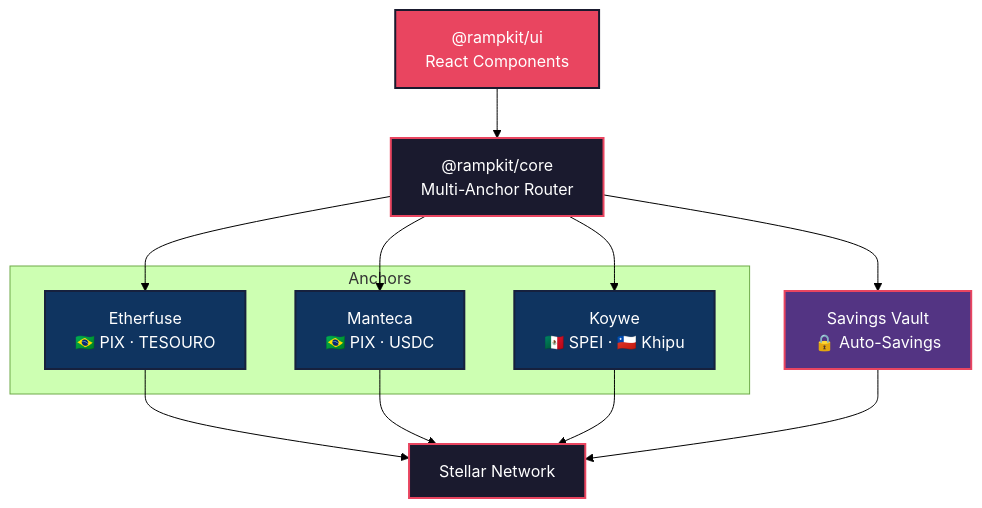
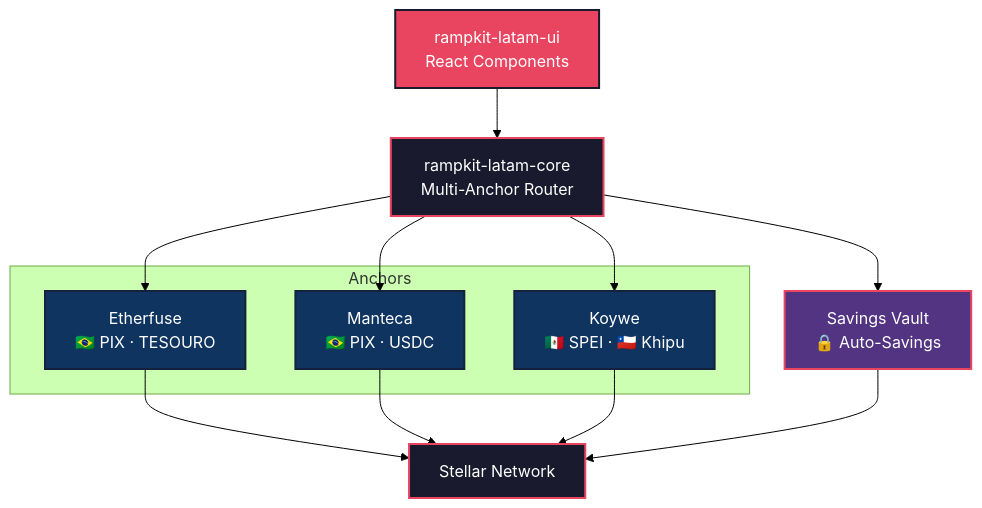
One commit to WritzProtocol/rampkit-latam changed the diagram in README.md. Above: the diagram before and after it, drawn with Mermaid (forest theme). The commit also changed other lines of this file and 44 other files, not shown here.

````diff
--- a/README.md
+++ b/README.md
@@ -91,29 +95,29 @@
 ```mermaid
 graph TD
     classDef sdk fill:#1a1a2e,stroke:#e94560,stroke-width:2px,color:#fff
     classDef anchor fill:#0f3460,stroke:#16213e,stroke-width:2px,color:#fff
     classDef contract fill:#533483,stroke:#e94560,stroke-width:2px,color:#fff
     classDef ui fill:#e94560,stroke:#1a1a2e,stroke-width:2px,color:#fff
 
-    UI["@rampkit/ui<br>React Components"]:::ui
-    SDK["@rampkit/core<br>Multi-Anchor Router"]:::sdk
+    UI["rampkit-latam-ui<br>React Components"]:::ui
+    SDK["rampkit-latam-core<br>Multi-Anchor Router"]:::sdk
     
     subgraph Anchors
         EF["Etherfuse<br>🇧🇷 PIX · TESOURO"]:::anchor
         MA["Manteca<br>🇧🇷 PIX · USDC"]:::anchor
         KO["Koywe<br>🇲🇽 SPEI · 🇨🇱 Khipu"]:::anchor
     end
 
     SC["Savings Vault<br>🔒 Auto-Savings"]:::contract
     SN["Stellar Network"]:::sdk
 
     UI --> SDK
     SDK --> EF
     SDK --> MA
     SDK --> KO
     SDK --> SC
     EF --> SN
     MA --> SN
     KO --> SN
     SC --> SN
 ```
````
